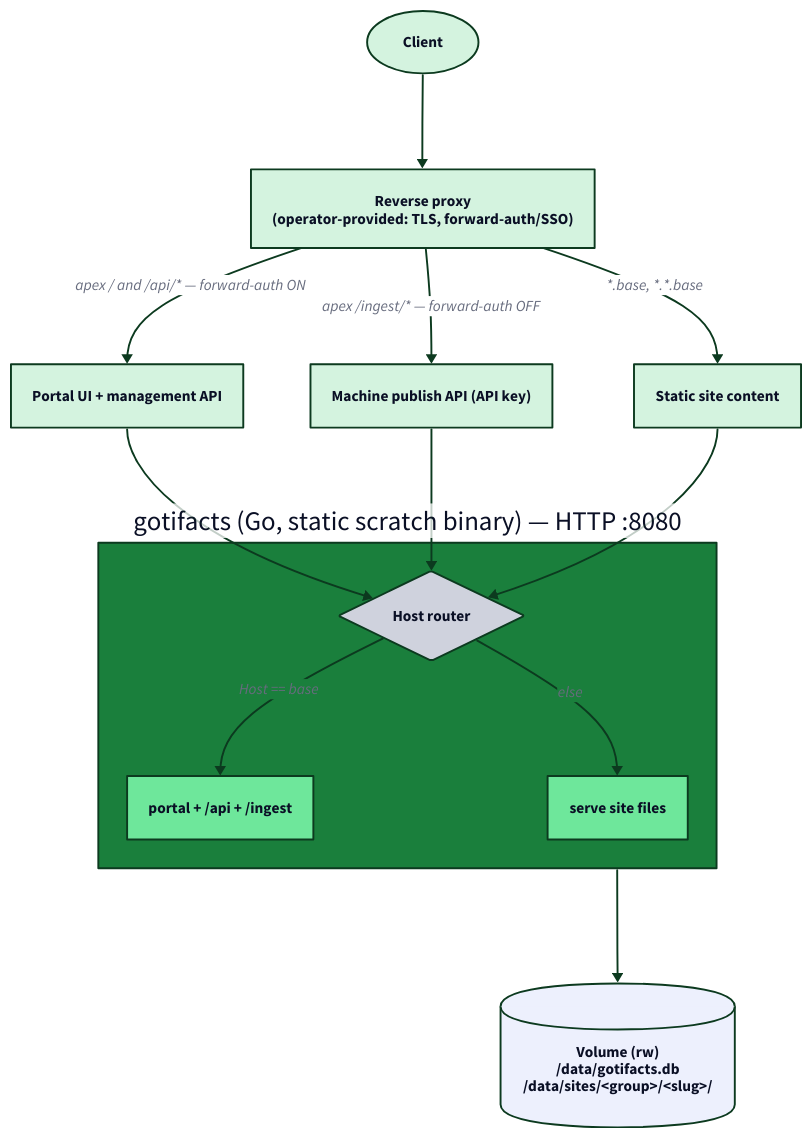
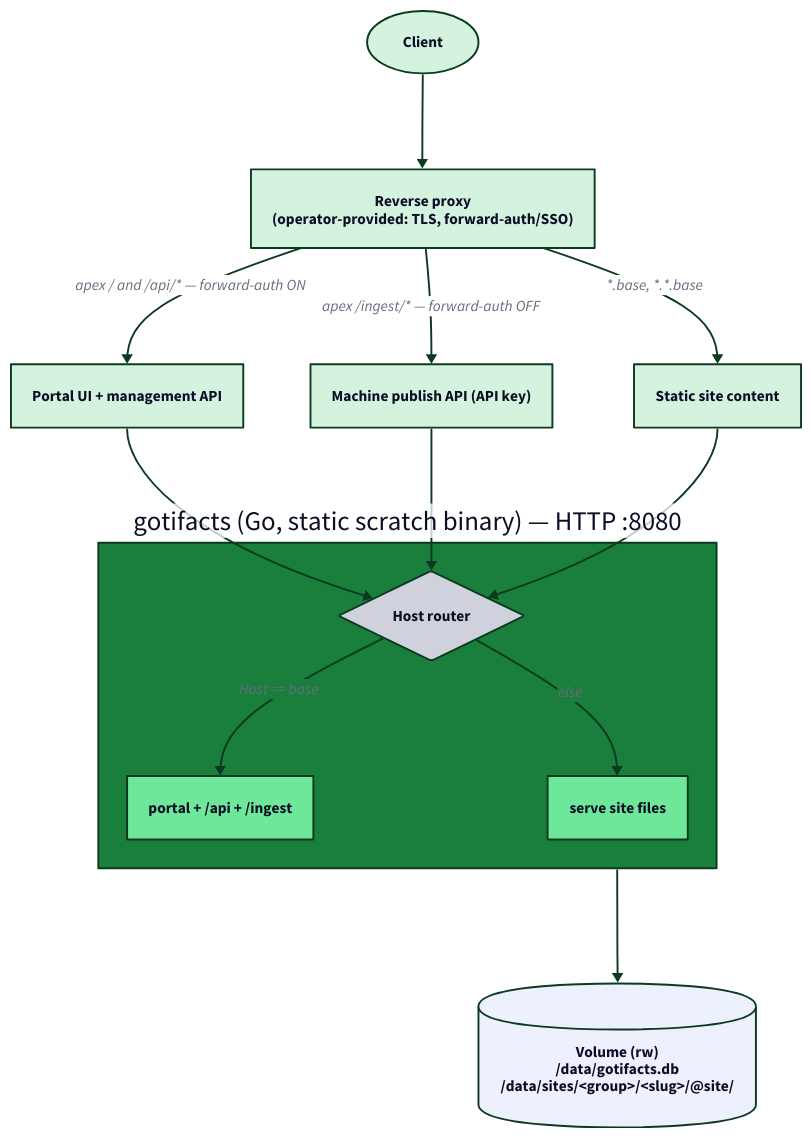
One commit to lmgarret/gotifacts changed the diagram in docs/src/content/docs/explanation/architecture.md. Above: the diagram before and after it, drawn with D2. The commit also changed other lines of this file and 23 other files, not shown here.

````diff
--- a/docs/src/content/docs/explanation/architecture.md
+++ b/docs/src/content/docs/explanation/architecture.md
@@ -14,41 +14,41 @@
 ```d2
 # Recolor the D2 palette to the docs' green brand (see src/styles/custom.css).
 vars: {
   d2-config: {
     theme-overrides: {
       B1: "#0c3a1f"; B2: "#11351f"; B3: "#15803d"
       B4: "#1a7f3c"; B5: "#6ee79b"; B6: "#d4f3df"
     }
     dark-theme-overrides: {
       B1: "#d4f3df"; B2: "#b3ecc4"; B3: "#6ee79b"
       B4: "#208a43"; B5: "#11351f"; B6: "#0c3a1f"
     }
   }
 }
 
 direction: down
 
 client: Client { shape: oval }
 proxy: "Reverse proxy\n(operator-provided: TLS, forward-auth/SSO)"
 mgmt: Portal UI + management API
 ingest: Machine publish API (API key)
 sites: Static site content
-volume: "Volume (rw)\n/data/gotifacts.db\n/data/sites/<group>/<slug>/" { shape: cylinder }
+volume: "Volume (rw)\n/data/gotifacts.db\n/data/sites/<group>/<slug>/@site/" { shape: cylinder }
 
 gotifacts: "gotifacts (Go, static scratch binary) — HTTP :8080" {
   router: Host router { shape: diamond }
   apex: portal + /api + /ingest
   serve: serve site files
   router -> apex: "Host == base"
   router -> serve: "else"
 }
 
 client -> proxy
 proxy -> mgmt: "apex / and /api/* — forward-auth ON"
 proxy -> ingest: "apex /ingest/* — forward-auth OFF"
 proxy -> sites: "*.base, *.*.base"
 mgmt -> gotifacts.router
 ingest -> gotifacts.router
 sites -> gotifacts.router
 gotifacts -> volume
 ```
````
